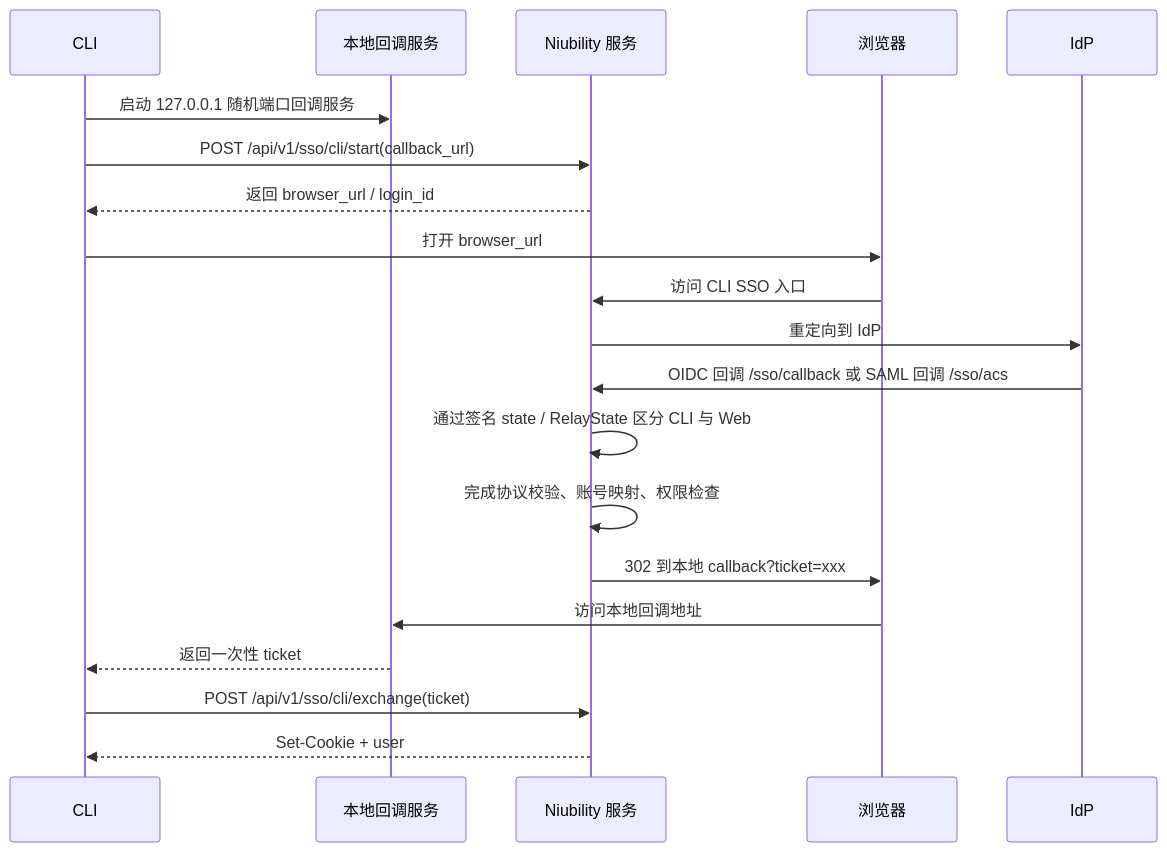
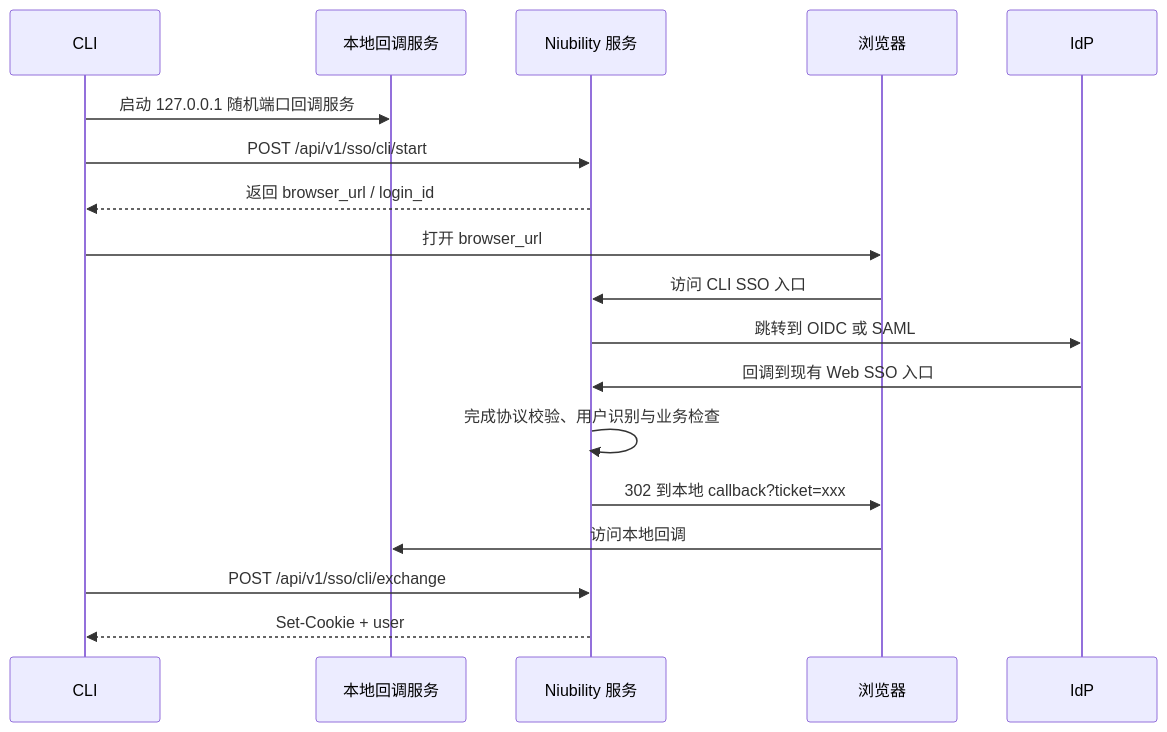
Before and after one commit to miclle/niubility: the diagram in docs/cli-sso-login-design.md, drawn with Mermaid. The commit also changed other lines of this file and 9 other files, not shown here.

````diff
--- a/docs/cli-sso-login-design.md
+++ b/docs/cli-sso-login-design.md
@@ -30,23 +30,21 @@
 ```mermaid
 sequenceDiagram
     participant CLI as CLI
     participant Local as 本地回调服务
     participant Server as Niubility 服务
     participant Browser as 浏览器
     participant IdP as IdP
 
     CLI->>Local: 启动 127.0.0.1 随机端口回调服务
-    CLI->>Server: POST /api/v1/sso/cli/start(callback_url)
+    CLI->>Server: POST /api/v1/sso/cli/start
     Server-->>CLI: 返回 browser_url / login_id
     CLI->>Browser: 打开 browser_url
     Browser->>Server: 访问 CLI SSO 入口
-    Server->>IdP: 重定向到 IdP
-    IdP->>Server: OIDC 回调 /sso/callback 或 SAML 回调 /sso/acs
-    Server->>Server: 通过签名 state / RelayState 区分 CLI 与 Web
-    Server->>Server: 完成协议校验、账号映射、权限检查
+    Server->>IdP: 跳转到 OIDC 或 SAML
+    IdP->>Server: 回调到现有 Web SSO 入口
+    Server->>Server: 完成协议校验、用户识别与业务检查
     Server->>Browser: 302 到本地 callback?ticket=xxx
-    Browser->>Local: 访问本地回调地址
-    Local-->>CLI: 返回一次性 ticket
-    CLI->>Server: POST /api/v1/sso/cli/exchange(ticket)
+    Browser->>Local: 访问本地回调
+    CLI->>Server: POST /api/v1/sso/cli/exchange
     Server-->>CLI: Set-Cookie + user
 ```
````
